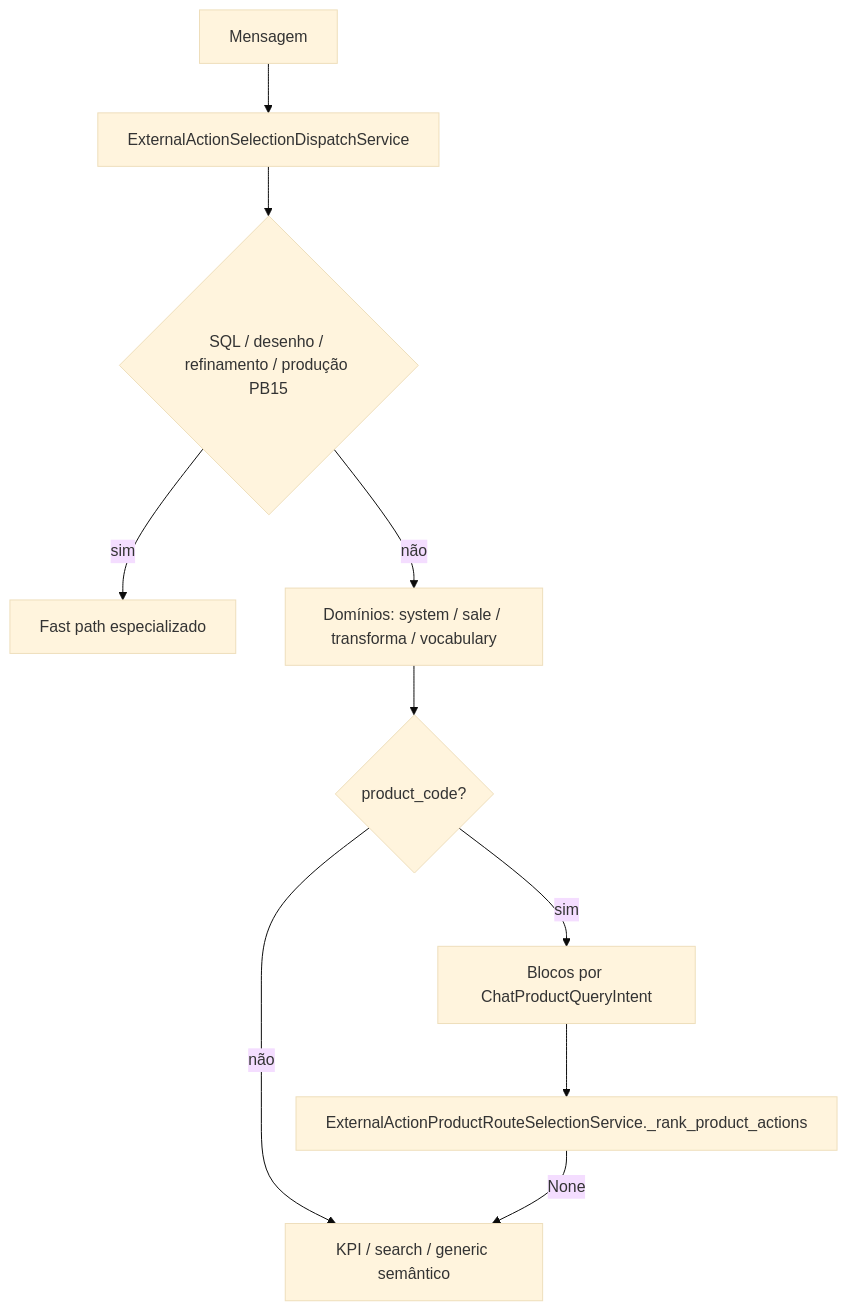
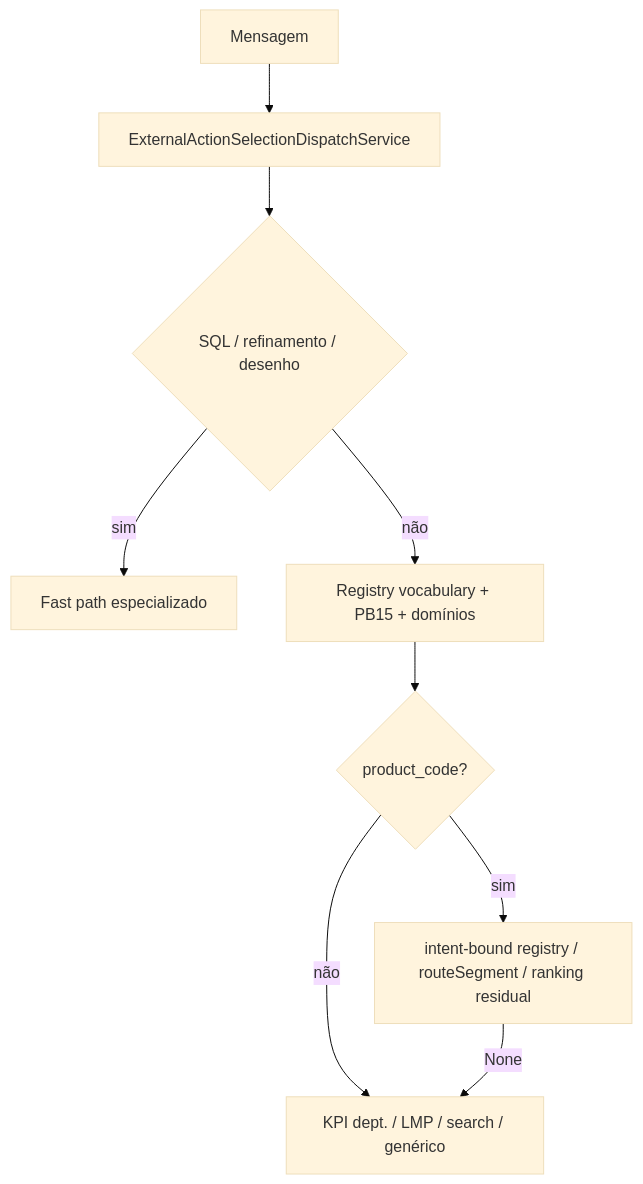
The diagram in minha-delpi-ai-api/docs/roadmap/docie-desacoplamento-selecao-rotas-openapi.md (roberiooliveiradev/delpi-central), drawn with Mermaid (base theme) before and after one commit. The commit also changed other lines of this file and 13 other files, not shown here.

First line of the commit message:
feat(chat): DOCIE Fase 7 — KPI suprimentos/produção e open-orders no registry

````diff
--- a/minha-delpi-ai-api/docs/roadmap/docie-desacoplamento-selecao-rotas-openapi.md
+++ b/minha-delpi-ai-api/docs/roadmap/docie-desacoplamento-selecao-rotas-openapi.md
@@ -40,12 +53,11 @@
 ```mermaid
 flowchart TD
     A[Mensagem] --> B[ExternalActionSelectionDispatchService]
-    B --> C{SQL / desenho / refinamento / produção PB15}
+    B --> C{SQL / refinamento / desenho}
     C -->|sim| D[Fast path especializado]
-    C -->|não| E[Domínios: system / sale / transforma / vocabulary]
+    C -->|não| E[Registry vocabulary + PB15 + domínios]
     E --> F{product_code?}
-    F -->|sim| G[Blocos por ChatProductQueryIntent]
-    G --> H[ExternalActionProductRouteSelectionService._rank_product_actions]
-    F -->|não| I[KPI / search / generic semântico]
-    H -->|None| I
+    F -->|sim| G[intent-bound registry / routeSegment / ranking residual]
+    F -->|não| H[KPI dept. / LMP / search / genérico]
+    G -->|None| H
 ```
````
